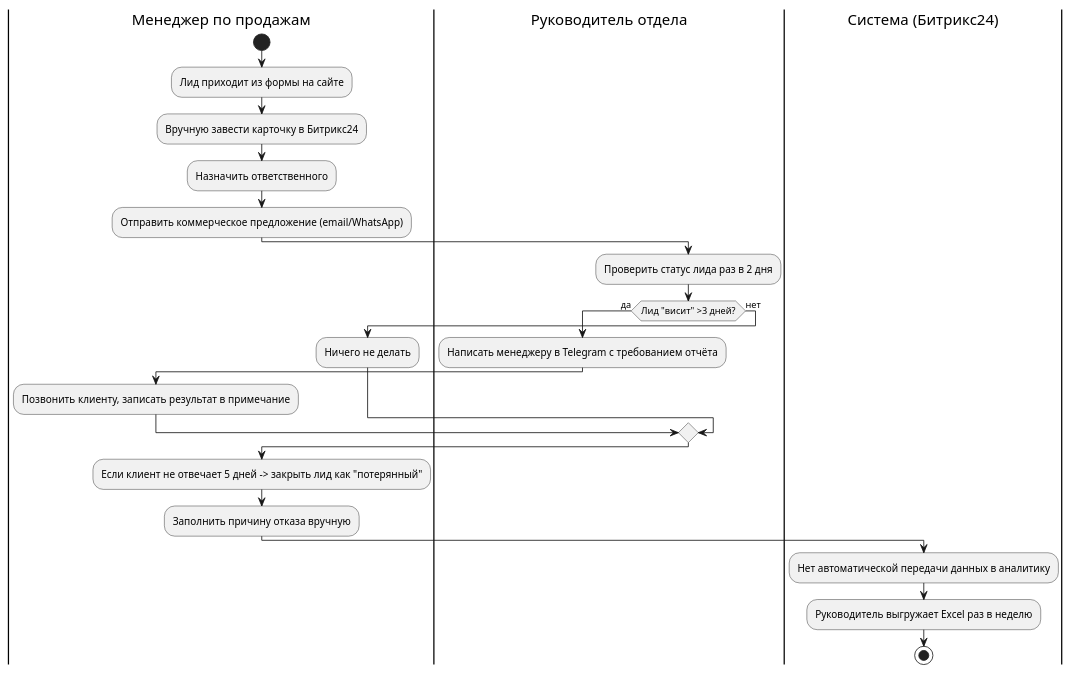
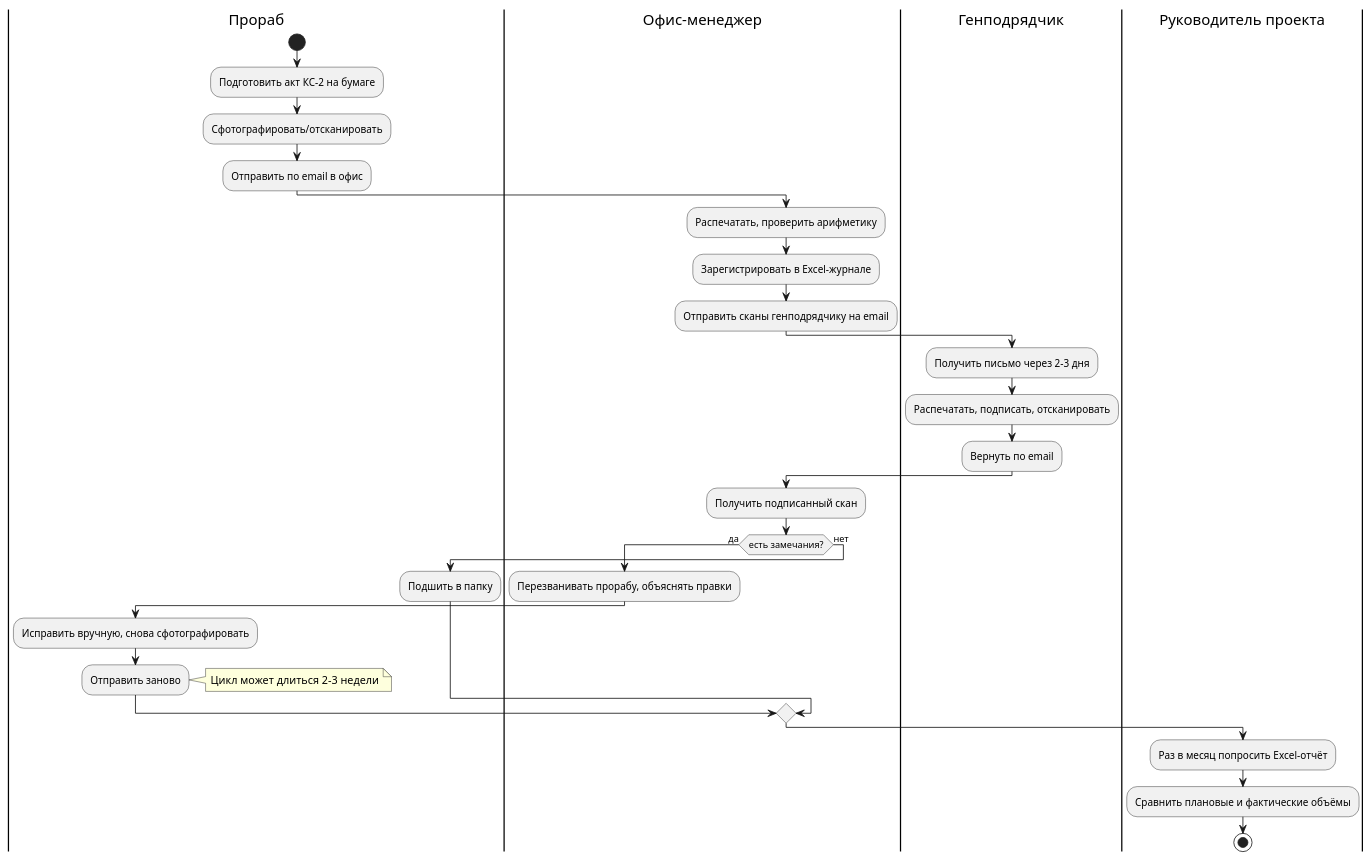
Before and after one commit to sevastiananalyst/analyst-portfolio: the diagram in 02_bpmn_requirements_case/diagrams/approval_as_is.puml, drawn with PlantUML.

```diff
--- a/02_bpmn_requirements_case/diagrams/approval_as_is.puml
+++ b/02_bpmn_requirements_case/diagrams/approval_as_is.puml
@@ -1,24 +1,30 @@
 @startuml
-|Менеджер по продажам|
+|Прораб|
 start
-:Лид приходит из формы на сайте;
-:Вручную завести карточку в Битрикс24;
-:Назначить ответственного;
-:Отправить коммерческое предложение (email/WhatsApp);
-|Руководитель отдела|
-:Проверить статус лида раз в 2 дня;
-if (Лид "висит" >3 дней?) then (да)
-  :Написать менеджеру в Telegram с требованием отчёта;
-  |Менеджер по продажам|
-  :Позвонить клиенту, записать результат в примечание;
+:Подготовить акт КС-2 на бумаге;
+:Сфотографировать/отсканировать;
+:Отправить по email в офис;
+|Офис-менеджер|
+:Распечатать, проверить арифметику;
+:Зарегистрировать в Excel-журнале;
+:Отправить сканы генподрядчику на email;
+|Генподрядчик|
+:Получить письмо через 2-3 дня;
+:Распечатать, подписать, отсканировать;
+:Вернуть по email;
+|Офис-менеджер|
+:Получить подписанный скан;
+if (есть замечания?) then (да)
+  :Перезванивать прорабу, объяснять правки;
+  |Прораб|
+  :Исправить вручную, снова сфотографировать;
+  :Отправить заново;
+  note right: Цикл может длиться 2-3 недели
 else (нет)
-  :Ничего не делать;
+  :Подшить в папку;
 endif
-|Менеджер по продажам|
-:Если клиент не отвечает 5 дней -> закрыть лид как "потерянный";
-:Заполнить причину отказа вручную;
-|Система (Битрикс24)|
-:Нет автоматической передачи данных в аналитику;
-:Руководитель выгружает Excel раз в неделю;
+|Руководитель проекта|
+:Раз в месяц попросить Excel-отчёт;
+:Сравнить плановые и фактические объёмы;
 stop
 @enduml
```
